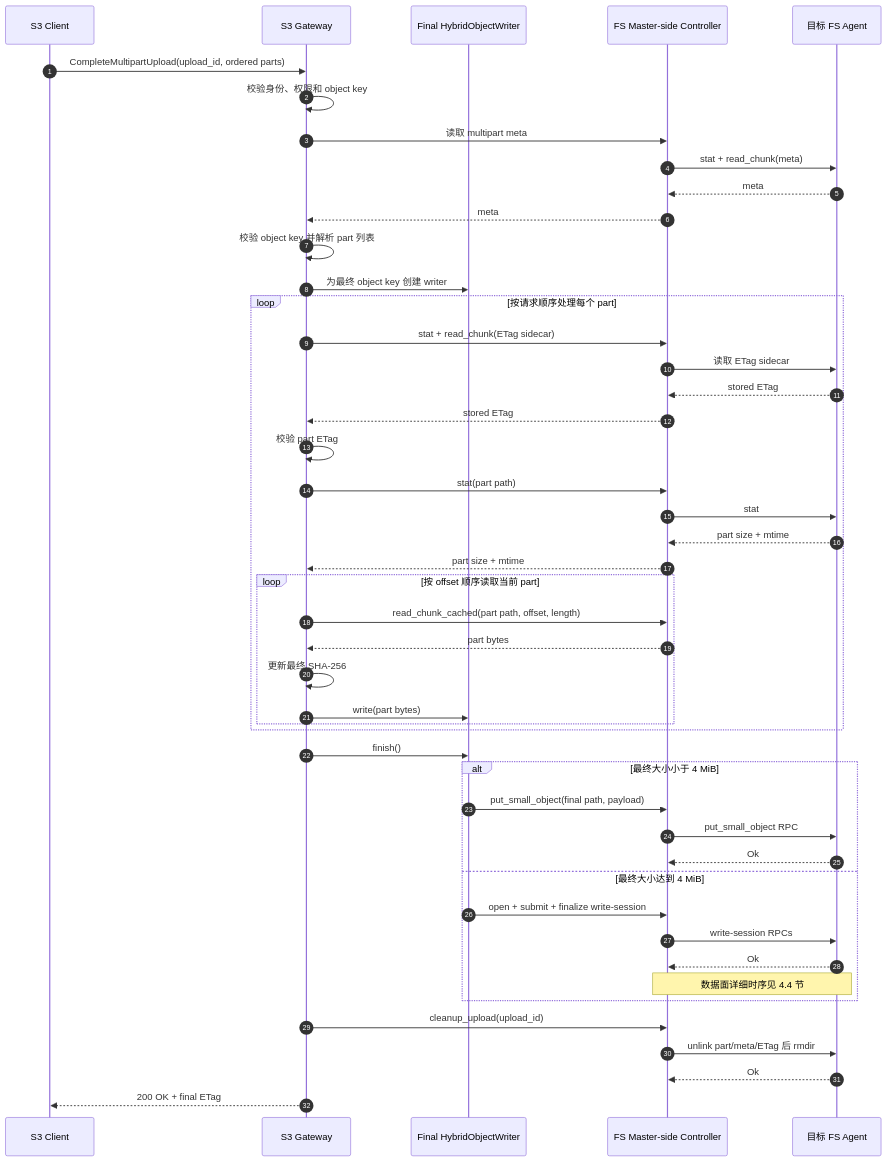
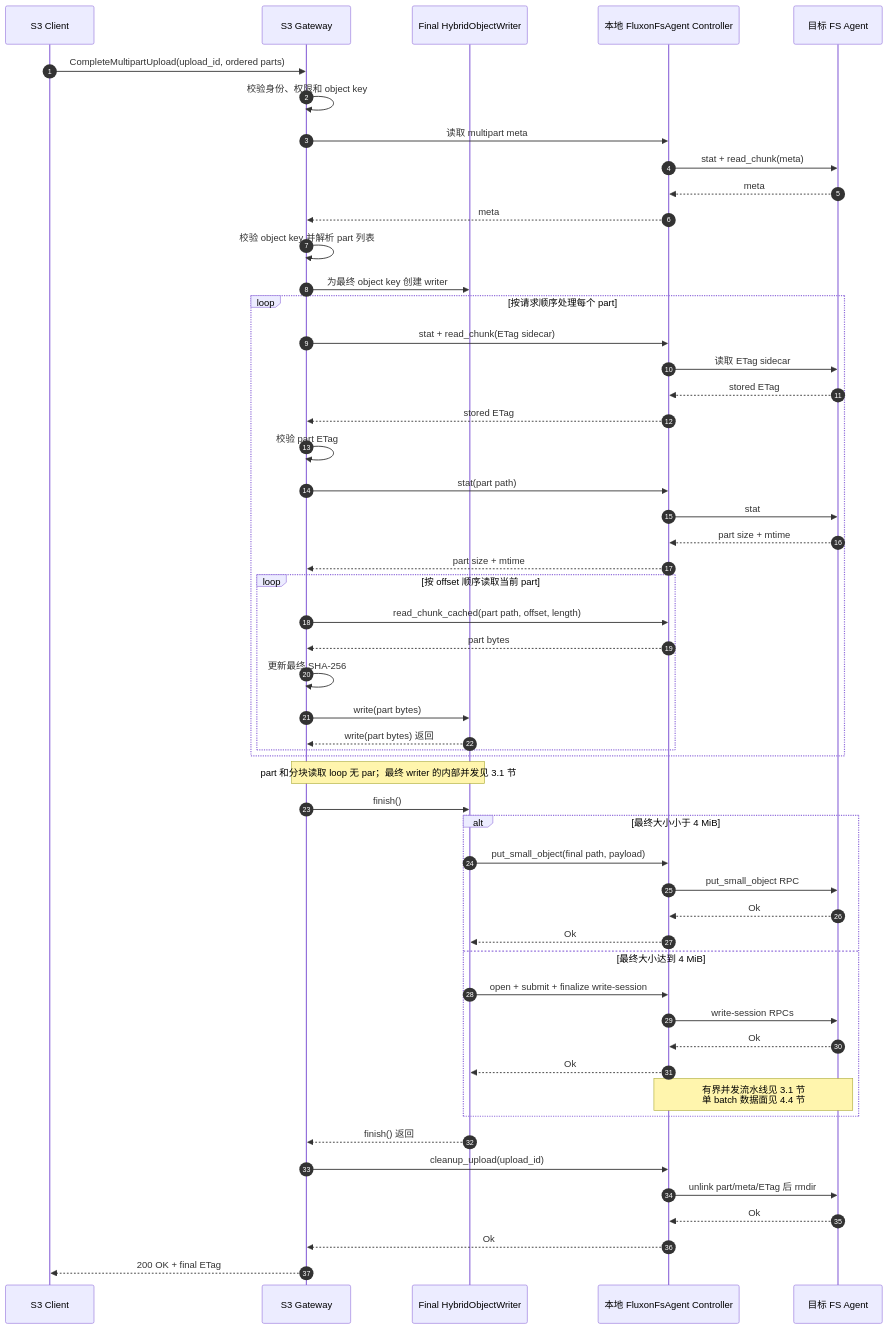
Before and after one commit to Tele-AI/Fluxon: the fourth of 20 diagrams in fluxon_doc_cn/design/fs_s3_1_混合写入链路.md, drawn with Mermaid. The commit also changed other lines of this file and 6 other files, not shown here.

````diff
--- a/fluxon_doc_cn/design/fs_s3_1_混合写入链路.md
+++ b/fluxon_doc_cn/design/fs_s3_1_混合写入链路.md
@@ -195,52 +255,58 @@
 ```mermaid
 sequenceDiagram
     autonumber
     participant U as S3 Client
     participant G as S3 Gateway
     participant H as Final HybridObjectWriter
-    participant C as FS Master-side Controller
+    participant C as 本地 FluxonFsAgent Controller
     participant A as 目标 FS Agent
 
     U->>G: CompleteMultipartUpload(upload_id, ordered parts)
     G->>G: 校验身份、权限和 object key
     G->>C: 读取 multipart meta
     C->>A: stat + read_chunk(meta)
     A-->>C: meta
     C-->>G: meta
     G->>G: 校验 object key 并解析 part 列表
     G->>H: 为最终 object key 创建 writer
 
     loop 按请求顺序处理每个 part
         G->>C: stat + read_chunk(ETag sidecar)
         C->>A: 读取 ETag sidecar
         A-->>C: stored ETag
         C-->>G: stored ETag
         G->>G: 校验 part ETag
         G->>C: stat(part path)
         C->>A: stat
         A-->>C: part size + mtime
         C-->>G: part size + mtime
         loop 按 offset 顺序读取当前 part
             G->>C: read_chunk_cached(part path, offset, length)
             C-->>G: part bytes
             G->>G: 更新最终 SHA-256
             G->>H: write(part bytes)
+            H-->>G: write(part bytes) 返回
         end
     end
+    Note over G,H: part 和分块读取 loop 无 par；最终 writer 的内部并发见 3.1 节
 
     G->>H: finish()
     alt 最终大小小于 4 MiB
         H->>C: put_small_object(final path, payload)
         C->>A: put_small_object RPC
         A-->>C: Ok
+        C-->>H: Ok
     else 最终大小达到 4 MiB
         H->>C: open + submit + finalize write-session
         C->>A: write-session RPCs
         A-->>C: Ok
-        Note over C,A: 数据面详细时序见 4.4 节
+        C-->>H: Ok
+        Note over C,A: 有界并发流水线见 3.1 节<br/>单 batch 数据面见 4.4 节
     end
+    H-->>G: finish() 返回
     G->>C: cleanup_upload(upload_id)
     C->>A: unlink part/meta/ETag 后 rmdir
     A-->>C: Ok
+    C-->>G: Ok
     G-->>U: 200 OK + final ETag
 ```
````
